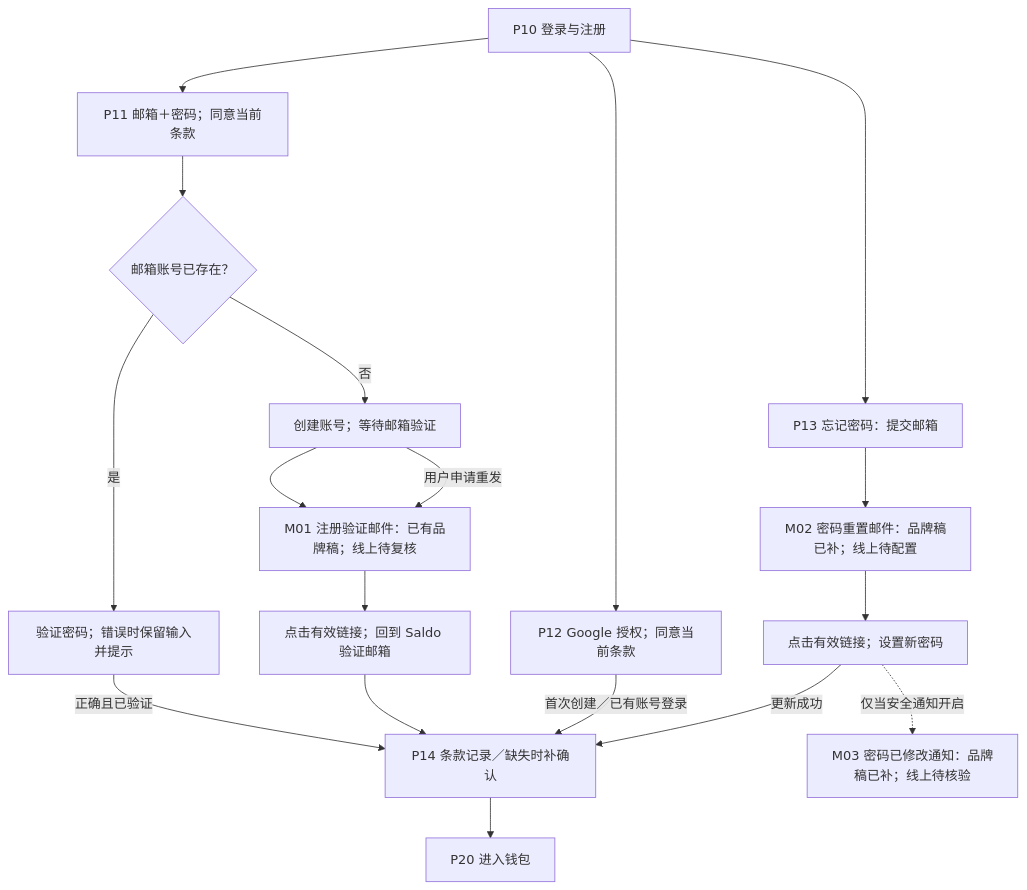
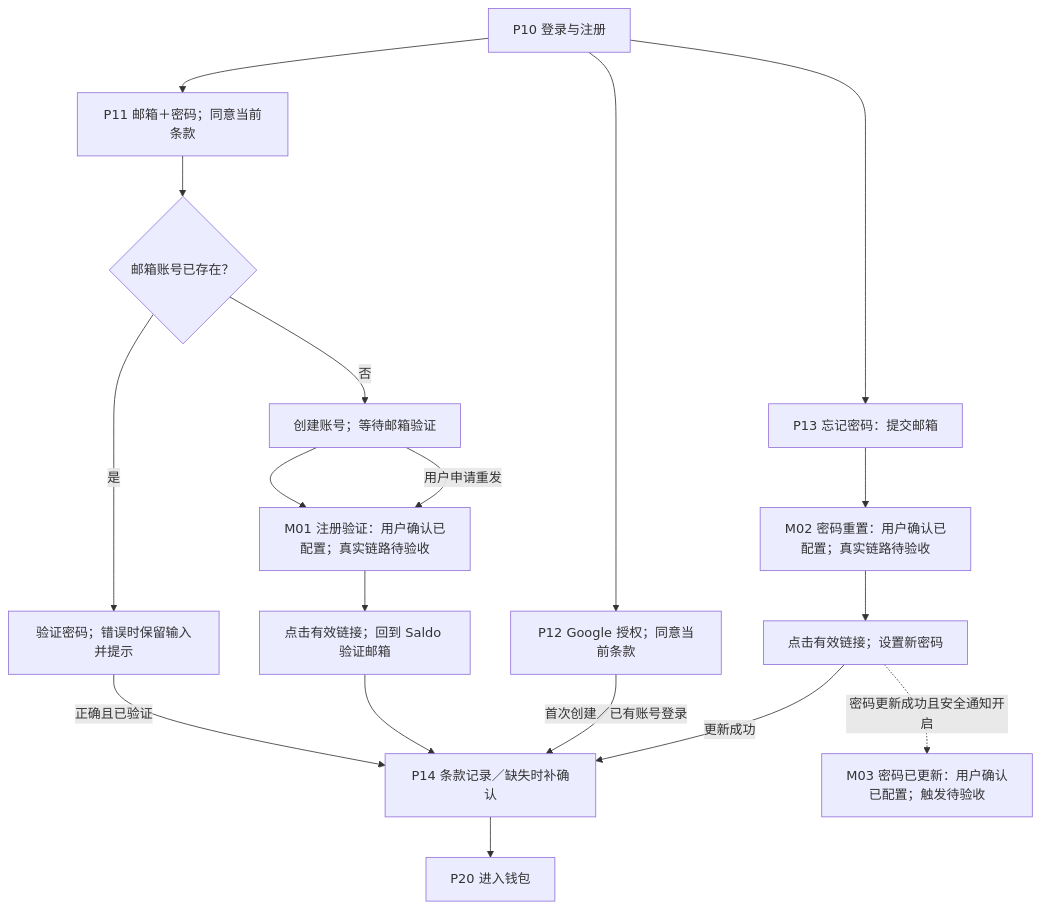
The second of 5 diagrams in docs/product-map.md (muffin9617/saldo), drawn with Mermaid before and after one commit. The commit also changed other lines of this file and 22 other files, not shown here.

````diff
--- a/docs/product-map.md
+++ b/docs/product-map.md
@@ -60,20 +76,20 @@
 ```mermaid
 flowchart TD
   P10["P10 登录与注册"] --> P11["P11 邮箱＋密码；同意当前条款"]
   P11 --> A1{"邮箱账号已存在？"}
   A1 -->|是| A2["验证密码；错误时保留输入并提示"]
   A2 -->|正确且已验证| P14["P14 条款记录／缺失时补确认"]
   A1 -->|否| A3["创建账号；等待邮箱验证"]
-  A3 --> M01["M01 注册验证邮件：已有品牌稿；线上待复核"]
+  A3 --> M01["M01 注册验证：用户确认已配置；真实链路待验收"]
   M01 --> A4["点击有效链接；回到 Saldo 验证邮箱"]
   A4 --> P14
   A3 -->|用户申请重发| M01
   P10 --> P12["P12 Google 授权；同意当前条款"]
   P12 -->|首次创建／已有账号登录| P14
   P10 --> P13["P13 忘记密码：提交邮箱"]
-  P13 --> M02["M02 密码重置邮件：品牌稿已补；线上待配置"]
+  P13 --> M02["M02 密码重置：用户确认已配置；真实链路待验收"]
   M02 --> A5["点击有效链接；设置新密码"]
   A5 -->|更新成功| P14
-  A5 -.->|仅当安全通知开启| M03["M03 密码已修改通知：品牌稿已补；线上待核验"]
+  A5 -.->|密码更新成功且安全通知开启| M03["M03 密码已更新：用户确认已配置；触发待验收"]
   P14 --> P20["P20 进入钱包"]
 ```
````
